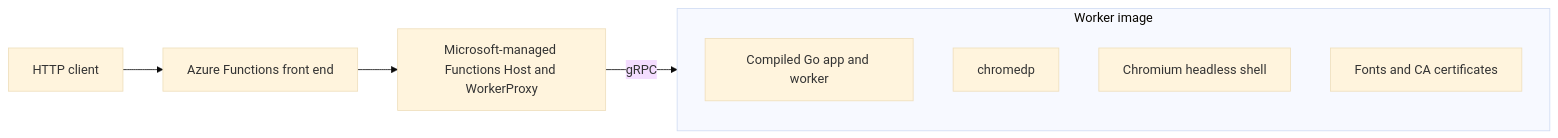
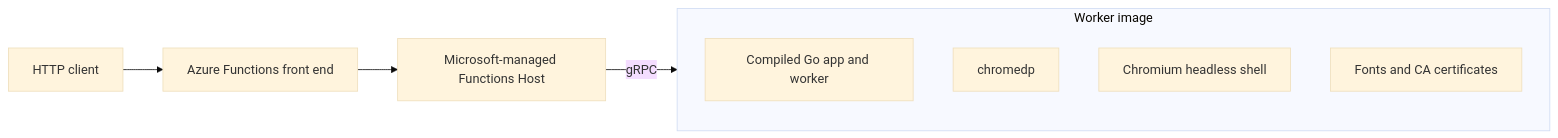
Before and after one commit to MadhuraBharadwaj-MSFT/flex-byoc-go-html-to-pdf: the diagram in README.md, drawn with Mermaid (base theme).

Commit message:
Update flowchart in README.md to remove WorkerProxy

````diff
--- a/README.md
+++ b/README.md
@@ -28,12 +28,12 @@
 ```mermaid
 flowchart LR
     C[HTTP client] --> F[Azure Functions front end]
-    F --> H[Microsoft-managed Functions Host and WorkerProxy]
+    F --> H[Microsoft-managed Functions Host]
     H -->|gRPC| W[Customer worker image]
     subgraph W[Worker image]
         A[Compiled Go app and worker]
         P[chromedp]
         B[Chromium headless shell]
         N[Fonts and CA certificates]
     end
 ```
````
